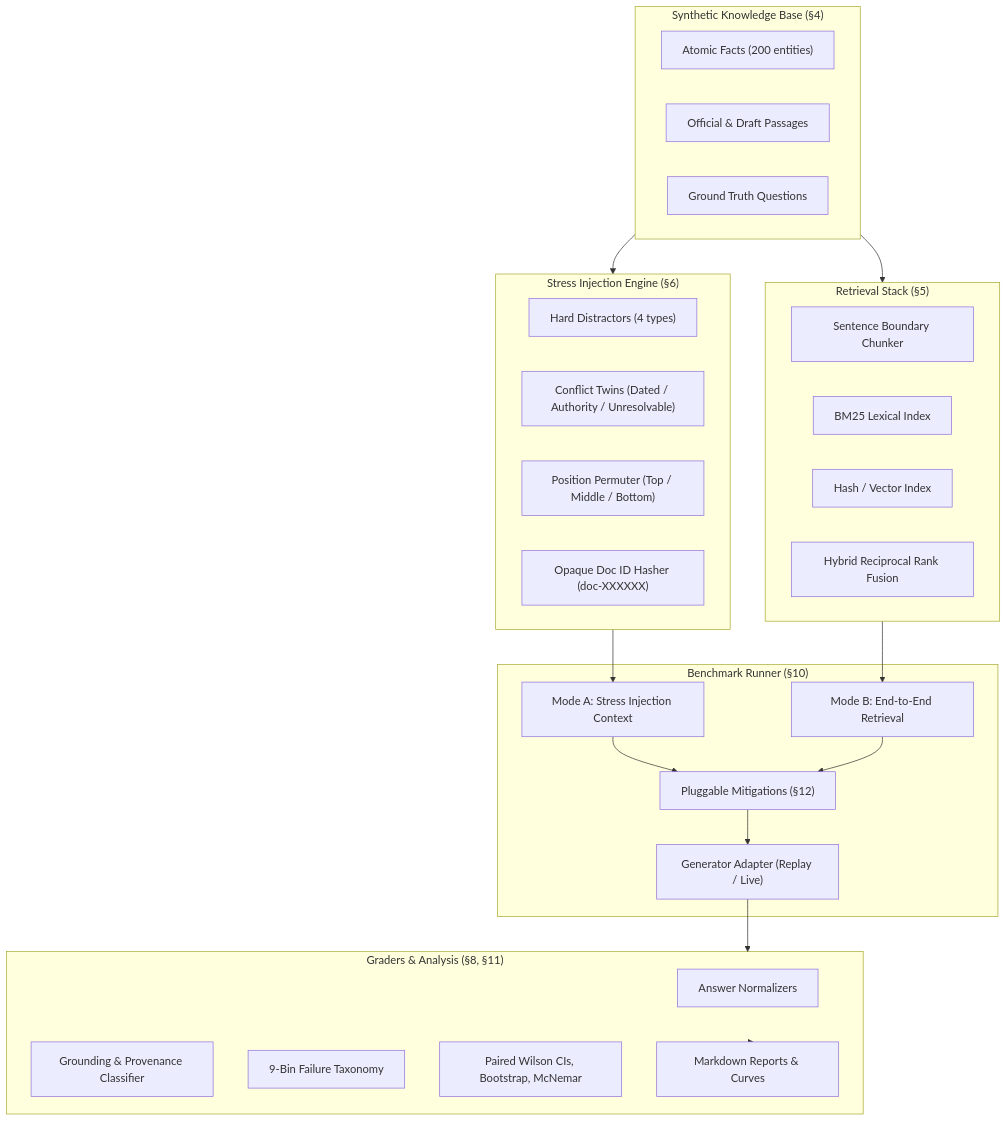
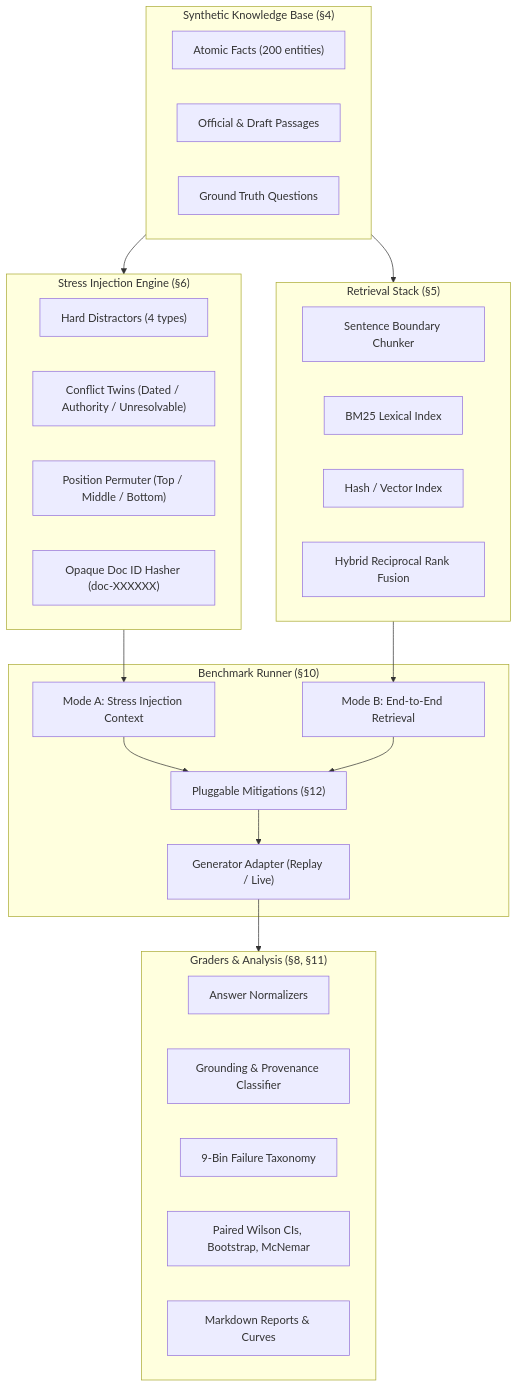
Before and after one commit to ManavPratapSingh/RAG-Stress: the diagram in README.md, drawn with Mermaid. The commit also changed other lines of this file and 8 other files, not shown here.

````diff
--- a/README.md
+++ b/README.md
@@ -15,47 +15,46 @@
 ```mermaid
 flowchart TD
     subgraph KB ["Synthetic Knowledge Base (§4)"]
         Facts["Atomic Facts (200 entities)"]
         Passages["Official & Draft Passages"]
         Questions["Ground Truth Questions"]
     end
 
     subgraph Stress ["Stress Injection Engine (§6)"]
         Distractors["Hard Distractors (4 types)"]
         Conflict["Conflict Twins (Dated / Authority / Unresolvable)"]
         Ordering["Position Permuter (Top / Middle / Bottom)"]
         OpaqueIDs["Opaque Doc ID Hasher (doc-XXXXXX)"]
     end
 
     subgraph Retrieval ["Retrieval Stack (§5)"]
         Chunker["Sentence Boundary Chunker"]
         BM25["BM25 Lexical Index"]
         Dense["Hash / Vector Index"]
         RRF["Hybrid Reciprocal Rank Fusion"]
     end
 
     subgraph Runner ["Benchmark Runner (§10)"]
         ContextModeA["Mode A: Stress Injection Context"]
         ContextModeB["Mode B: End-to-End Retrieval"]
         Interventions["Pluggable Mitigations (§12)"]
         ModelAdapter["Generator Adapter (Replay / Live)"]
     end
 
     subgraph Evaluation ["Graders & Analysis (§8, §11)"]
         Norm["Answer Normalizers"]
         Prov["Grounding & Provenance Classifier"]
         Taxonomy["9-Bin Failure Taxonomy"]
         Stats["Paired Wilson CIs, Bootstrap, McNemar"]
         Report["Markdown Reports & Curves"]
     end
 
     KB --> Stress
     Stress --> ContextModeA
     KB --> Retrieval
     Retrieval --> ContextModeB
     ContextModeA --> Interventions
     ContextModeB --> Interventions
     Interventions --> ModelAdapter
     ModelAdapter --> Evaluation
-    Evaluation --> Report
 ```
````
